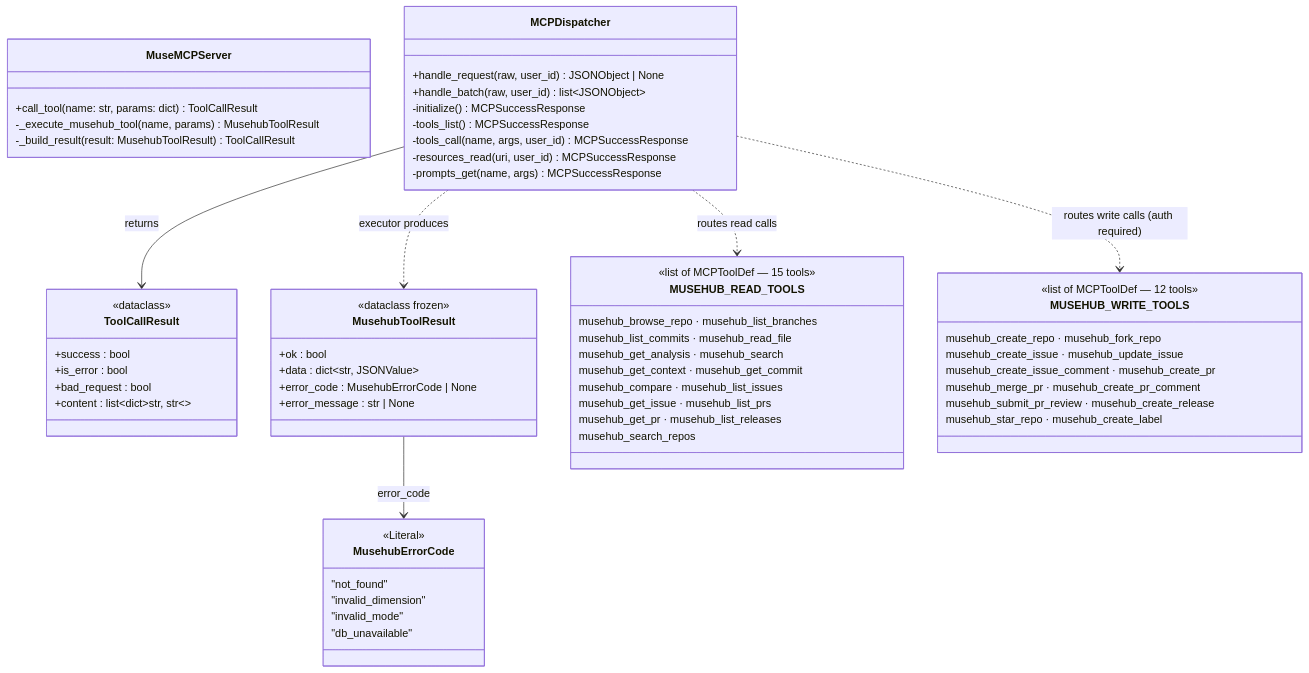
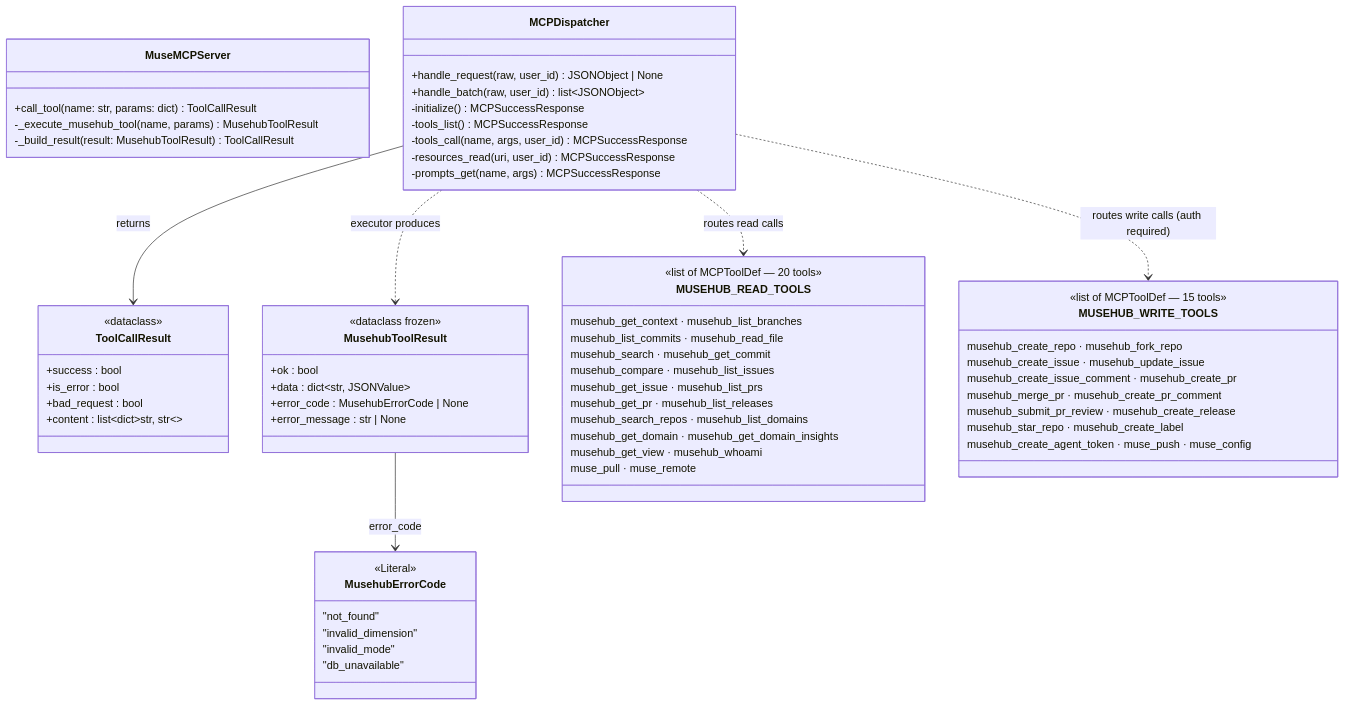
Before and after one commit to cgcardona/musehub: the fourth of 10 diagrams in docs/reference/type-contracts.md, drawn with Mermaid. The commit also changed other lines of this file and 13 other files, not shown here.

````diff
--- a/docs/reference/type-contracts.md
+++ b/docs/reference/type-contracts.md
@@ -1117,64 +1119,67 @@
 ```mermaid
 classDiagram
     class MuseMCPServer {
         +call_tool(name: str, params: dict) ToolCallResult
         -_execute_musehub_tool(name, params) MusehubToolResult
         -_build_result(result: MusehubToolResult) ToolCallResult
     }
     class ToolCallResult {
         <<dataclass>>
         +success : bool
         +is_error : bool
         +bad_request : bool
         +content : list~dict~str, str~~
     }
     class MusehubToolResult {
         <<dataclass frozen>>
         +ok : bool
         +data : dict~str, JSONValue~
         +error_code : MusehubErrorCode | None
         +error_message : str | None
     }
     class MusehubErrorCode {
         <<Literal>>
         "not_found"
         "invalid_dimension"
         "invalid_mode"
         "db_unavailable"
     }
     class MUSEHUB_READ_TOOLS {
-        <<list of MCPToolDef — 15 tools>>
-        musehub_browse_repo · musehub_list_branches
+        <<list of MCPToolDef — 20 tools>>
+        musehub_get_context · musehub_list_branches
         musehub_list_commits · musehub_read_file
-        musehub_get_analysis · musehub_search
-        musehub_get_context · musehub_get_commit
+        musehub_search · musehub_get_commit
         musehub_compare · musehub_list_issues
         musehub_get_issue · musehub_list_prs
         musehub_get_pr · musehub_list_releases
-        musehub_search_repos
+        musehub_search_repos · musehub_list_domains
+        musehub_get_domain · musehub_get_domain_insights
+        musehub_get_view · musehub_whoami
+        muse_pull · muse_remote
     }
     class MUSEHUB_WRITE_TOOLS {
-        <<list of MCPToolDef — 12 tools>>
+        <<list of MCPToolDef — 15 tools>>
         musehub_create_repo · musehub_fork_repo
         musehub_create_issue · musehub_update_issue
         musehub_create_issue_comment · musehub_create_pr
         musehub_merge_pr · musehub_create_pr_comment
         musehub_submit_pr_review · musehub_create_release
         musehub_star_repo · musehub_create_label
+        musehub_create_agent_token · muse_push · muse_config
     }
     class MCPDispatcher {
         +handle_request(raw, user_id) JSONObject | None
         +handle_batch(raw, user_id) list~JSONObject~
         -initialize() MCPSuccessResponse
         -tools_list() MCPSuccessResponse
         -tools_call(name, args, user_id) MCPSuccessResponse
         -resources_read(uri, user_id) MCPSuccessResponse
         -prompts_get(name, args) MCPSuccessResponse
     }
 
     MCPDispatcher --> ToolCallResult : returns
     MCPDispatcher ..> MusehubToolResult : executor produces
     MusehubToolResult --> MusehubErrorCode : error_code
     MCPDispatcher ..> MUSEHUB_READ_TOOLS : routes read calls
     MCPDispatcher ..> MUSEHUB_WRITE_TOOLS : routes write calls (auth required)
 ```
````
